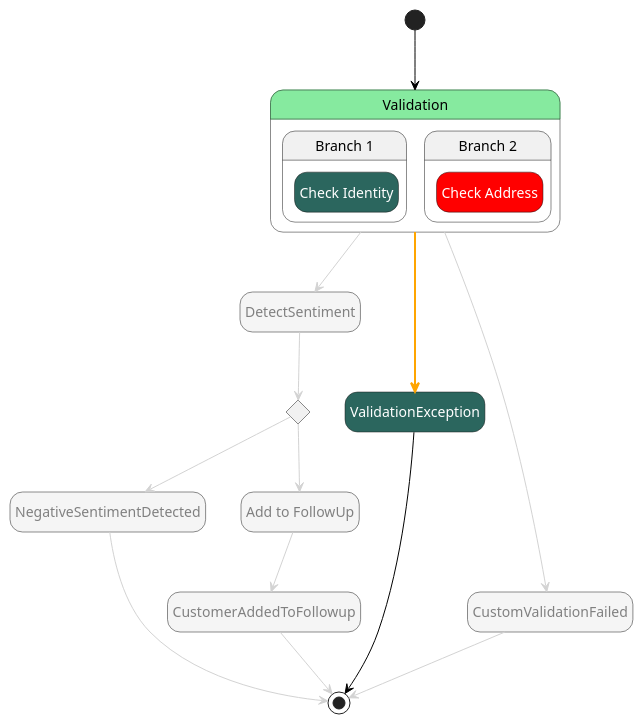
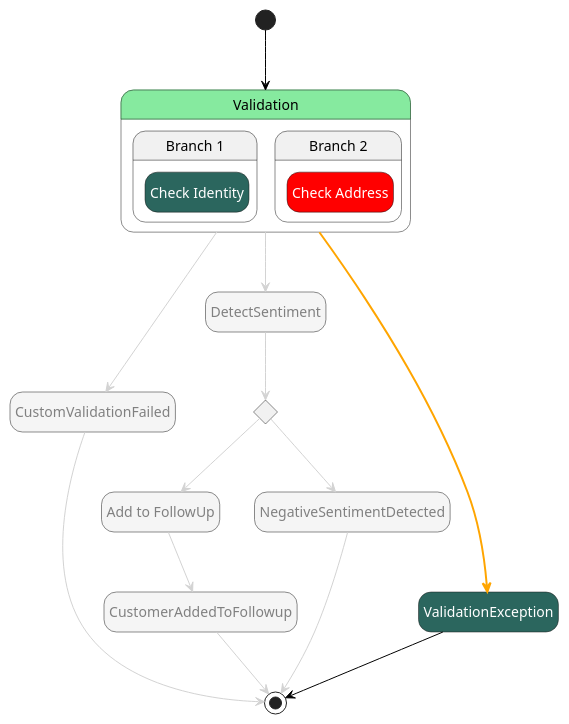
The diagram in src/example-crm/.asl-puml/ValidationExceptionCatchTest.puml (massfords/asl-mock), drawn with PlantUML before and after one commit. The commit also changed other lines of this file and 6 other files, not shown here.

```diff
--- a/src/example-crm/.asl-puml/ValidationExceptionCatchTest.puml
+++ b/src/example-crm/.asl-puml/ValidationExceptionCatchTest.puml
@@ -1,52 +1,52 @@
 @startuml
 hide empty description
 skinparam ArrowColor #black
 skinparam state {
 
     BackgroundColor<<Choice>> #whitesmoke
     FontColor<<Choice>> automatic
 
     BackgroundColor<<aslParallel>> #whitesmoke
 
     BackgroundColor<<aslTask>> #lightblue
     FontColor<<aslTask>> automatic
     BackgroundColor<<Compensate>> #orange
     FontColor<<CustomStyle0>> automatic
     BackgroundColor<<CustomStyle0>> #86ea9f
     FontColor<<CustomStyle1>> automatic
     BackgroundColor<<CustomStyle1>> #red
     FontColor<<CustomStyle2>> automatic
     BackgroundColor<<CustomStyle2>> #2b665e
     FontColor<<CustomStyle3>> automatic
     BackgroundColor<<CustomStyle3>> #2b665e
     FontColor<<CustomStyle4>> gray
     BackgroundColor<<CustomStyle4>> #whitesmoke
 }
+state "Add to FollowUp" as state7<<CustomStyle4>>
+state "CustomValidationFailed" as state6<<CustomStyle4>>
+state "CustomerAddedToFollowup" as state8<<CustomStyle4>>
+state "DetectSentiment" as state2<<CustomStyle4>>
+state "Is Positive \nSentiment?" as state4<<Choice>>
+state "NegativeSentimentDetected" as state5<<CustomStyle4>>
 state "Validation" as state1<<CustomStyle0>> {
 state "Branch 1" as state1_1 {
 state "Check Identity" as state9<<CustomStyle2>>
 }
 state "Branch 2" as state1_2 {
 state "Check Address" as state10<<CustomStyle1>>
 }
 }
-state "DetectSentiment" as state2<<CustomStyle4>>
 state "ValidationException" as state3<<CustomStyle3>>
-state "Is Positive \nSentiment?" as state4<<Choice>>
-state "NegativeSentimentDetected" as state5<<CustomStyle4>>
-state "CustomValidationFailed" as state6<<CustomStyle4>>
-state "Add to FollowUp" as state7<<CustomStyle4>>
-state "CustomerAddedToFollowup" as state8<<CustomStyle4>>
 [*] --> state1
 state1 -[#lightgray]-> state2
 state1 -[#lightgray]-> state6
 state1 -[bold,#orange]-> state3
 state2 -[#lightgray]-> state4
 state3 --> [*]
 state4 -[#lightgray]-> state7
 state4 -[#lightgray]-> state5
 state5 -[#lightgray]-> [*]
 state6 -[#lightgray]-> [*]
 state7 -[#lightgray]-> state8
 state8 -[#lightgray]-> [*]
 @enduml
```
